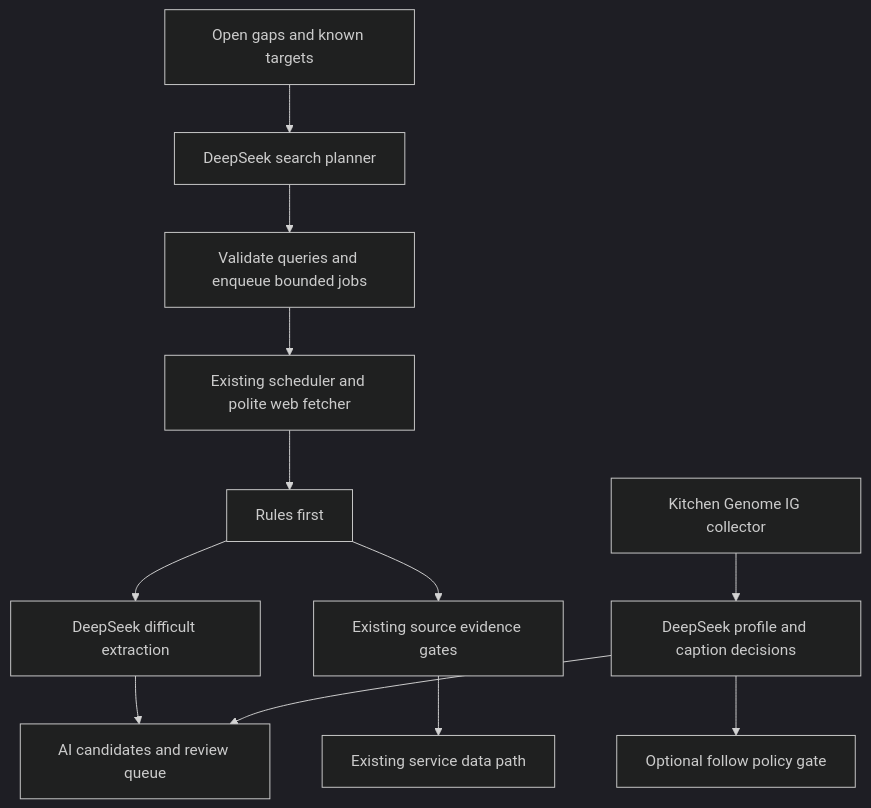
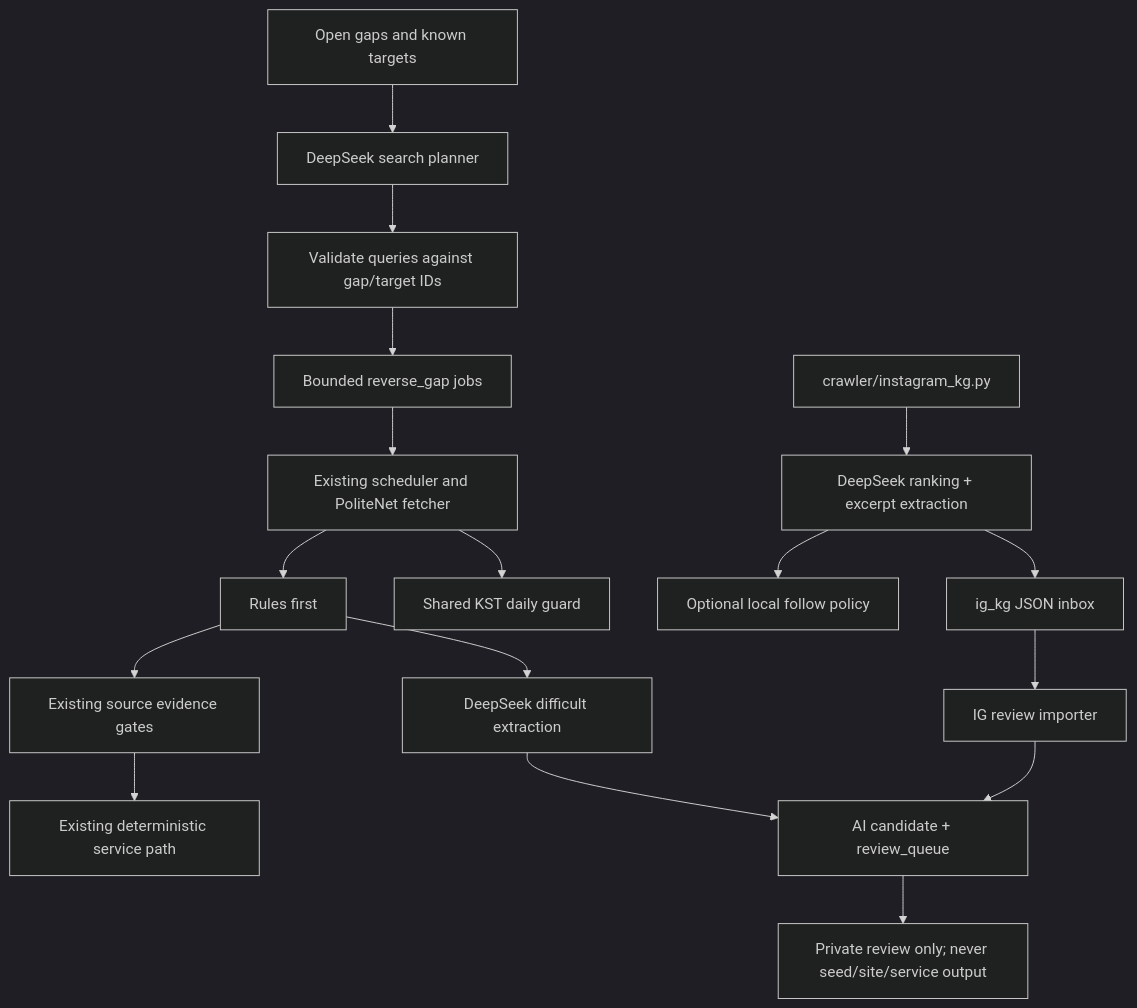
Before and after one commit to SUNBURN-Golden/kitchen-genome: the diagram in docs/data/DEEPSEEK_COLLECT_DESIGN.md, drawn with Mermaid (dark theme). The commit also changed other lines of this file, not shown here.

First line of the commit message:
docs: design review of DeepSeek collect

````diff
--- a/docs/data/DEEPSEEK_COLLECT_DESIGN.md
+++ b/docs/data/DEEPSEEK_COLLECT_DESIGN.md
@@ -52,14 +103,19 @@
 ```mermaid
 flowchart TD
     G[Open gaps and known targets] --> P[DeepSeek search planner]
-    P --> V[Validate queries and enqueue bounded jobs]
-    V --> F[Existing scheduler and polite web fetcher]
+    P --> V[Validate queries against gap/target IDs]
+    V --> QJ[Bounded reverse_gap jobs]
+    QJ --> F[Existing scheduler and PoliteNet fetcher]
+    F --> DG[Shared KST daily guard]
     F --> R[Rules first]
     R --> H[DeepSeek difficult extraction]
     R --> E[Existing source evidence gates]
-    H --> Q[AI candidates and review queue]
-    I[Kitchen Genome IG collector] --> D[DeepSeek profile and caption decisions]
-    D --> Q
-    D --> B[Optional follow policy gate]
-    E --> S[Existing service data path]
+    H --> RV[AI candidate + review_queue]
+    I[crawler/instagram_kg.py] --> D[DeepSeek ranking + excerpt extraction]
+    D --> IJ[ig_kg JSON inbox]
+    IJ --> IR[IG review importer]
+    IR --> RV
+    D --> B[Optional local follow policy]
+    E --> S[Existing deterministic service path]
+    RV --> X[Private review only; never seed/site/service output]
 ```
````
